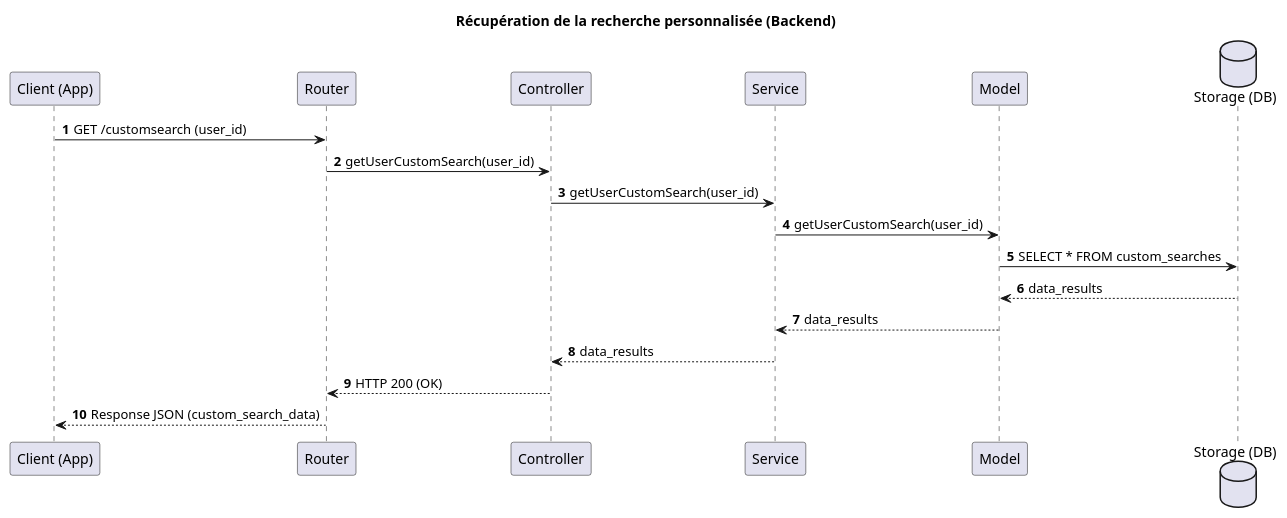
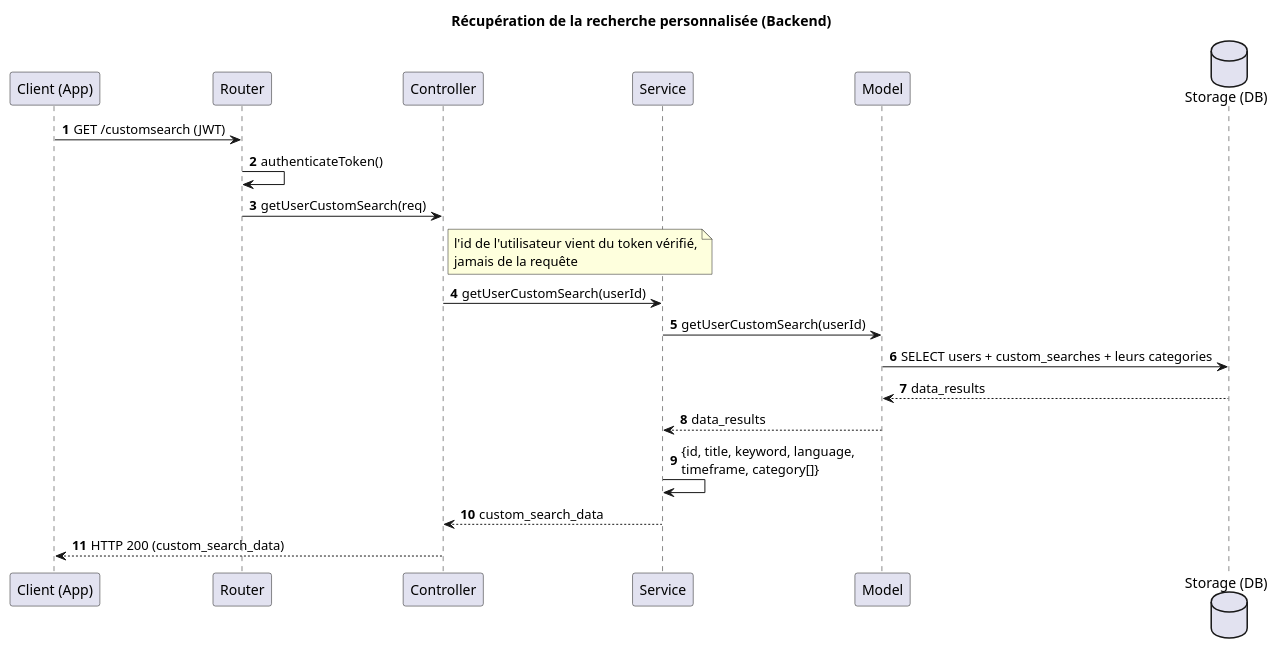
One commit to TPI2026-NewsGenerator/NewsGenerator-Backend changed the diagram in docs/UML/search-history-get-diagram.puml. Above: the diagram before and after it, drawn with PlantUML. The commit also changed 44 other files, not shown here.

First line of the commit message:
Split the class diagram per feature and draw the sequences of sprint 4

```diff
--- a/docs/UML/search-history-get-diagram.puml
+++ b/docs/UML/search-history-get-diagram.puml
@@ -1,24 +1,26 @@
 @startuml
 title Récupération de la recherche personnalisée (Backend)
 autonumber
 
 participant "Client (App)" as Client
 participant "Router" as Router
 participant "Controller" as Controller
 participant "Service" as Service
 participant "Model" as Model
 database "Storage (DB)" as Storage
 
 
-Client -> Router : GET /customsearch (user_id)
-Router -> Controller : getUserCustomSearch(user_id)
-Controller -> Service : getUserCustomSearch(user_id)
-Service -> Model : getUserCustomSearch(user_id)
-Model -> Storage : SELECT * FROM custom_searches
+Client -> Router : GET /customsearch (JWT)
+Router -> Router : authenticateToken()
+Router -> Controller : getUserCustomSearch(req)
+note right of Controller : l'id de l'utilisateur vient du token vérifié,\njamais de la requête
+Controller -> Service : getUserCustomSearch(userId)
+Service -> Model : getUserCustomSearch(userId)
+Model -> Storage : SELECT users + custom_searches + leurs categories
 Storage --> Model : data_results
 Model --> Service : data_results
-Service --> Controller : data_results
-Controller --> Router : HTTP 200 (OK)
-Router --> Client : Response JSON (custom_search_data)
+Service -> Service : {id, title, keyword, language,\ntimeframe, category[]}
+Service --> Controller : custom_search_data
+Controller --> Client : HTTP 200 (custom_search_data)
 
 @enduml
```
